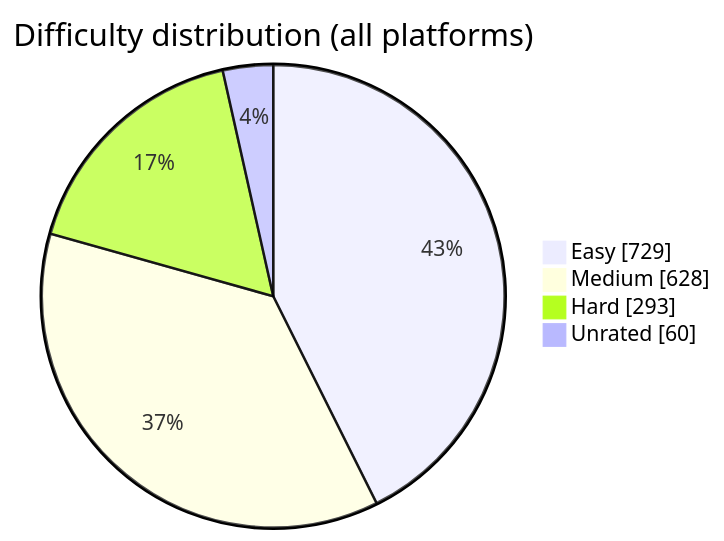
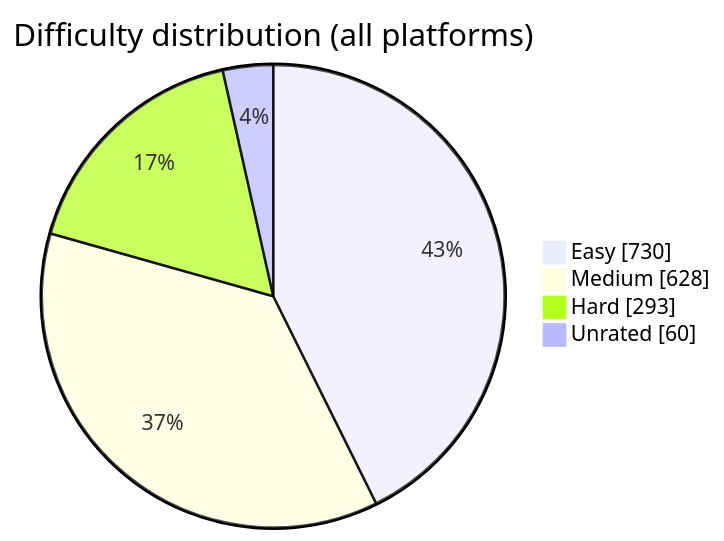
The diagram in README.md (BuildbyArindam/Daily-Coding-Log), drawn with Mermaid before and after one commit. The commit also changed other lines of this file, not shown here.

````diff
--- a/README.md
+++ b/README.md
@@ -93,7 +93,7 @@
 ```mermaid
 pie showData title Difficulty distribution (all platforms)
-    "Easy" : 729
+    "Easy" : 730
     "Medium" : 628
     "Hard" : 293
     "Unrated" : 60
 ```
````
